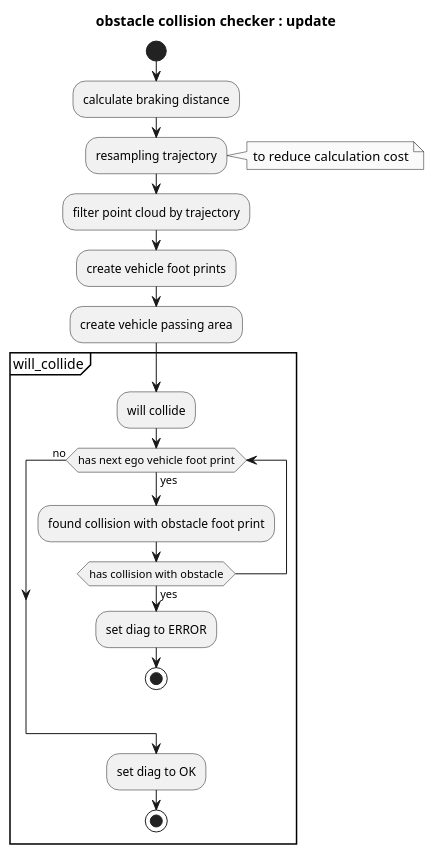
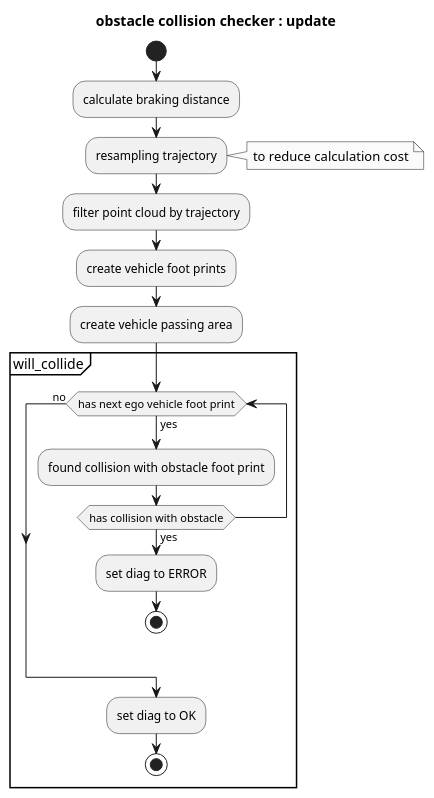
Before and after one commit to tier4/AutowareArchitectureProposal.iv: the diagram in control/trajectory_follower/obstacle_collision_checker/README.md, drawn with PlantUML.

````diff
--- a/control/trajectory_follower/obstacle_collision_checker/README.md
+++ b/control/trajectory_follower/obstacle_collision_checker/README.md
@@ -11,35 +11,34 @@
 ```plantuml
 @startuml
 skinparam monochrome true
 
 title obstacle collision checker : update
 start
 
 :calculate braking distance;
 
 :resampling trajectory;
 note right
 to reduce calculation cost
 end note
 :filter point cloud by trajectory;
 
 :create vehicle foot prints;
 
 :create vehicle passing area;
 
-partition will_collide{
-:will collide;
+partition will_collide {
 
 while (has next ego vehicle foot print) is (yes)
   :found collision with obstacle foot print;
   if (has collision with obstacle) then (yes)
       :set diag to ERROR;
       stop
   endif
 end while (no)
 :set diag to OK;
 stop
 }
 
 @enduml
 ```
````
